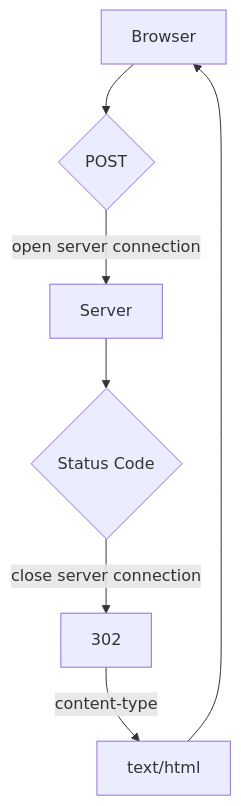
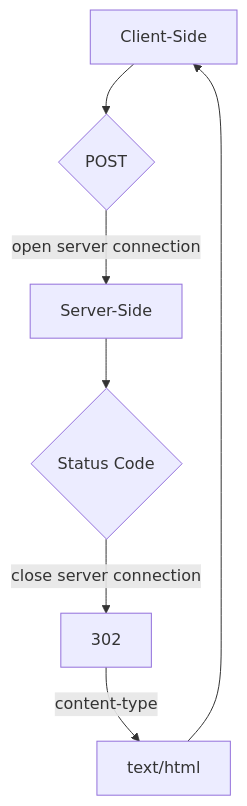
One commit to vscorza0093/frontend-tecnologies changed the first of 5 diagrams in fullstackopen-helsinki/part0/exercises/0.4/README.md. Above: the diagram before and after it, drawn with Mermaid. The commit also changed other lines of this file, not shown here.

````diff
--- a/fullstackopen-helsinki/part0/exercises/0.4/README.md
+++ b/fullstackopen-helsinki/part0/exercises/0.4/README.md
@@ -4,13 +4,13 @@
 ```mermaid
 ---
 Helsinki Fullstack Open - part 0 exercise 4
 new_note
 ---
 flowchart TD
-    A[Browser] --> B{POST}
+    A[Client-Side] --> B{POST}
     B --> |open server connection| C
-    C[Server] --> D{Status Code}
+    C[Server-Side] --> D{Status Code}
     D -->|close server connection| E[302]
     E -->|content-type| F[text/html]
     F --> A
 ```
````
